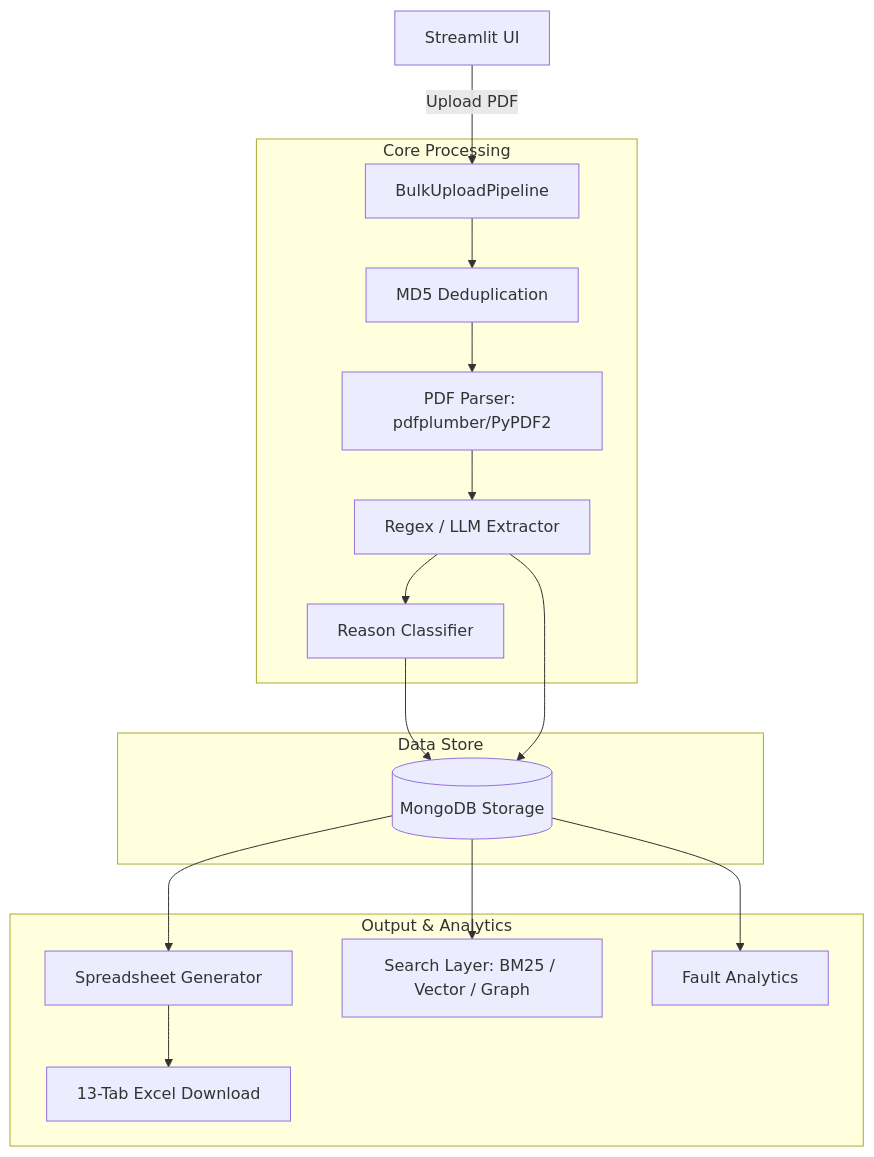
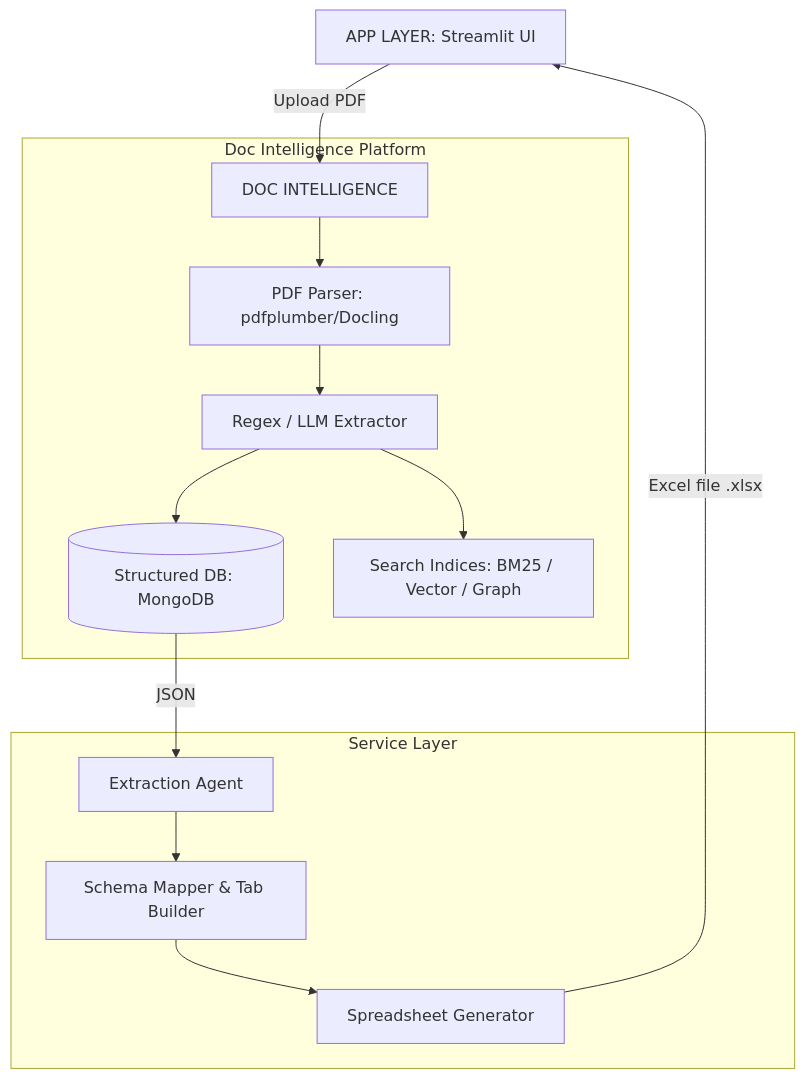
One commit to raghdaemara1/Industrail_App changed the first of 2 diagrams in README.md. Above: the diagram before and after it, drawn with Mermaid. The commit also changed other lines of this file and 3 other files, not shown here.

Commit message:
Refactor architecture to Service Layer and extraction agent pattern

````diff
--- a/README.md
+++ b/README.md
@@ -52,23 +52,19 @@
 ```mermaid
 graph TD
-    UI[Streamlit UI] -->|Upload PDF| Pipeline[BulkUploadPipeline]
+    UI[APP LAYER: Streamlit UI] -->|Upload PDF| DI[DOC INTELLIGENCE]
     
-    subgraph Core Processing
-        Pipeline --> Fingerprint[MD5 Deduplication]
-        Fingerprint --> Parser[PDF Parser: pdfplumber/PyPDF2]
+    subgraph Doc Intelligence Platform
+        DI --> Parser[PDF Parser: pdfplumber/Docling]
         Parser --> Extractor[Regex / LLM Extractor]
-        Extractor --> Classifier[Reason Classifier]
+        Extractor --> DB[(Structured DB: MongoDB)]
+        Extractor --> Index[Search Indices: BM25 / Vector / Graph]
     end
     
-    subgraph Data Store
-        Classifier --> DB[(MongoDB Storage)]
-        Extractor --> DB
+    subgraph Service Layer
+        DB --JSON--> Agent[Extraction Agent]
+        Agent --> Mapper[Schema Mapper & Tab Builder]
+        Mapper --> SG[Spreadsheet Generator]
     end
     
-    subgraph Output & Analytics
-        DB --> SG[Spreadsheet Generator]
-        DB --> Search[Search Layer: BM25 / Vector / Graph]
-        DB --> Analytics[Fault Analytics]
-        SG --> XLS[13-Tab Excel Download]
-    end
+    SG -->|Excel file .xlsx| UI
 ```
````
